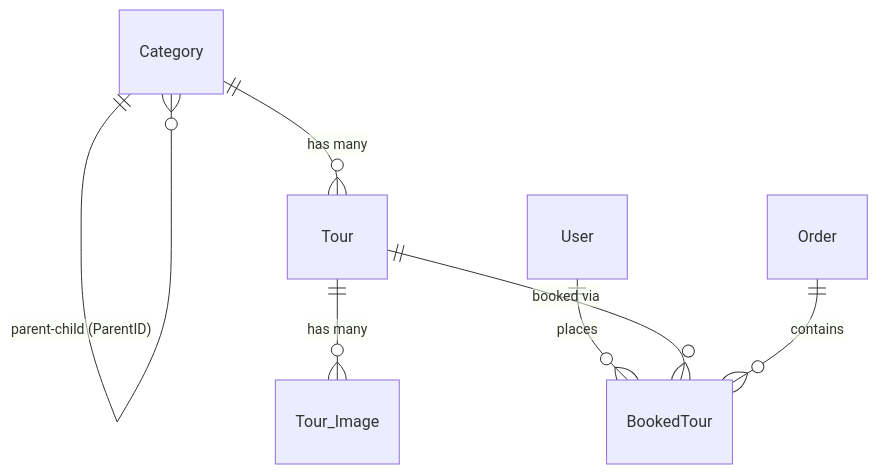
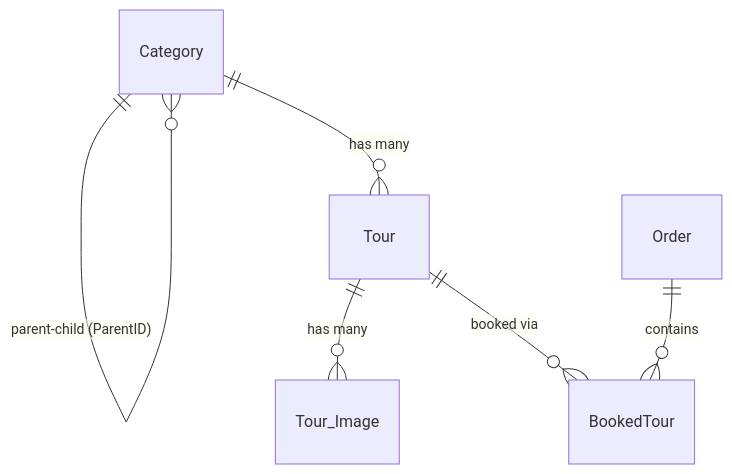
Before and after one commit to nguyenhainam071205/Final-Web: the diagram in share-docs/DATABASE.md, drawn with Mermaid. The commit also changed other lines of this file and 78 other files, not shown here.

````diff
--- a/share-docs/DATABASE.md
+++ b/share-docs/DATABASE.md
@@ -123,9 +125,8 @@
 ```mermaid
 erDiagram
     Category ||--o{ Category : "parent-child (ParentID)"
     Category ||--o{ Tour : "has many"
     Tour ||--o{ Tour_Image : "has many"
-    User ||--o{ BookedTour : "places"
     Tour ||--o{ BookedTour : "booked via"
     Order ||--o{ BookedTour : "contains"
 ```
````
